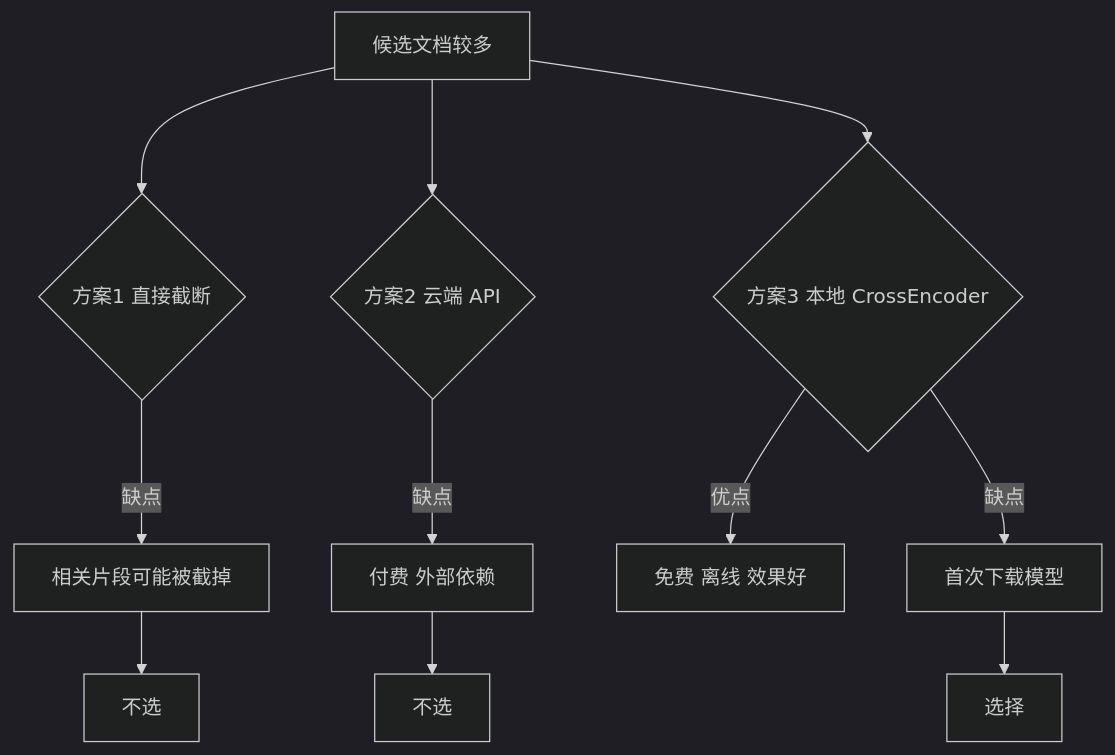
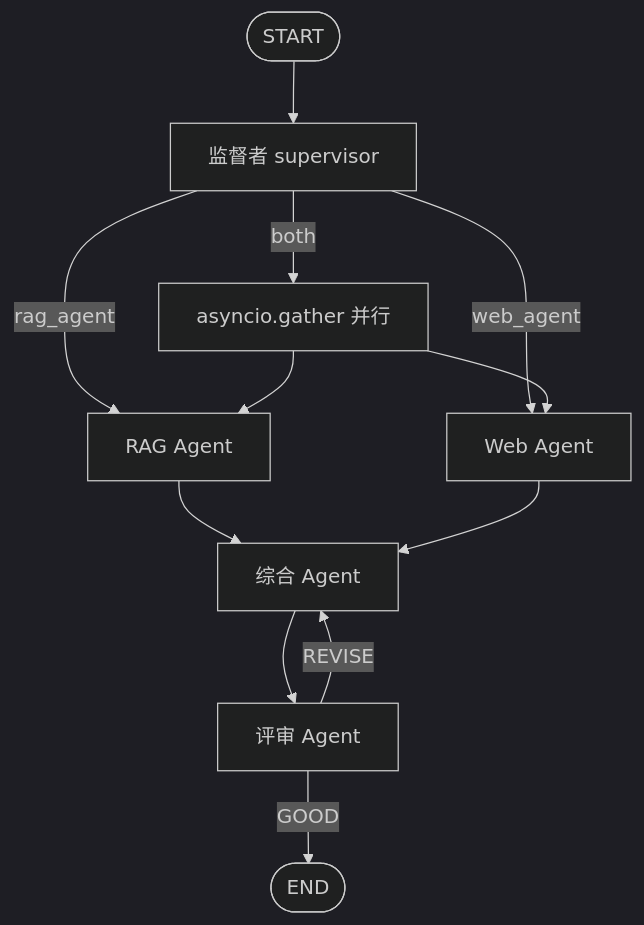
The fifth of 16 diagrams in docs/omnirag_learning_doc.md (asfhkkkvh/agent), drawn with Mermaid (dark theme) before and after one commit. The commit also changed other lines of this file and 23 other files, not shown here.

First line of the commit message:
feat: LLM 迁移智谱 GLM + 移除知识图谱 + RAGAS 改轻量评估

````diff
--- a/docs/omnirag_learning_doc.md
+++ b/docs/omnirag_learning_doc.md
@@ -365,13 +588,14 @@
 ```mermaid
 flowchart TD
-    A[候选文档较多] --> B{方案1 直接截断}
-    B -->|缺点| B1[相关片段可能被截掉]
-    B1 --> X1[不选]
-    A --> C{方案2 云端 API}
-    C -->|缺点| C1[付费 外部依赖]
-    C1 --> X2[不选]
-    A --> D{方案3 本地 CrossEncoder}
-    D -->|优点| D1[免费 离线 效果好]
-    D -->|缺点| D2[首次下载模型]
-    D2 --> Y[选择]
+    START([START]) --> SUP[监督者 supervisor]
+    SUP -->|rag_agent| RAG[RAG Agent]
+    SUP -->|web_agent| WEB[Web Agent]
+    SUP -->|both| PAR[asyncio.gather 并行]
+    PAR --> RAG
+    PAR --> WEB
+    RAG --> SYN[综合 Agent]
+    WEB --> SYN
+    SYN --> CRT[评审 Agent]
+    CRT -->|GOOD| END_NODE([END])
+    CRT -->|REVISE| SYN
 ```
````
